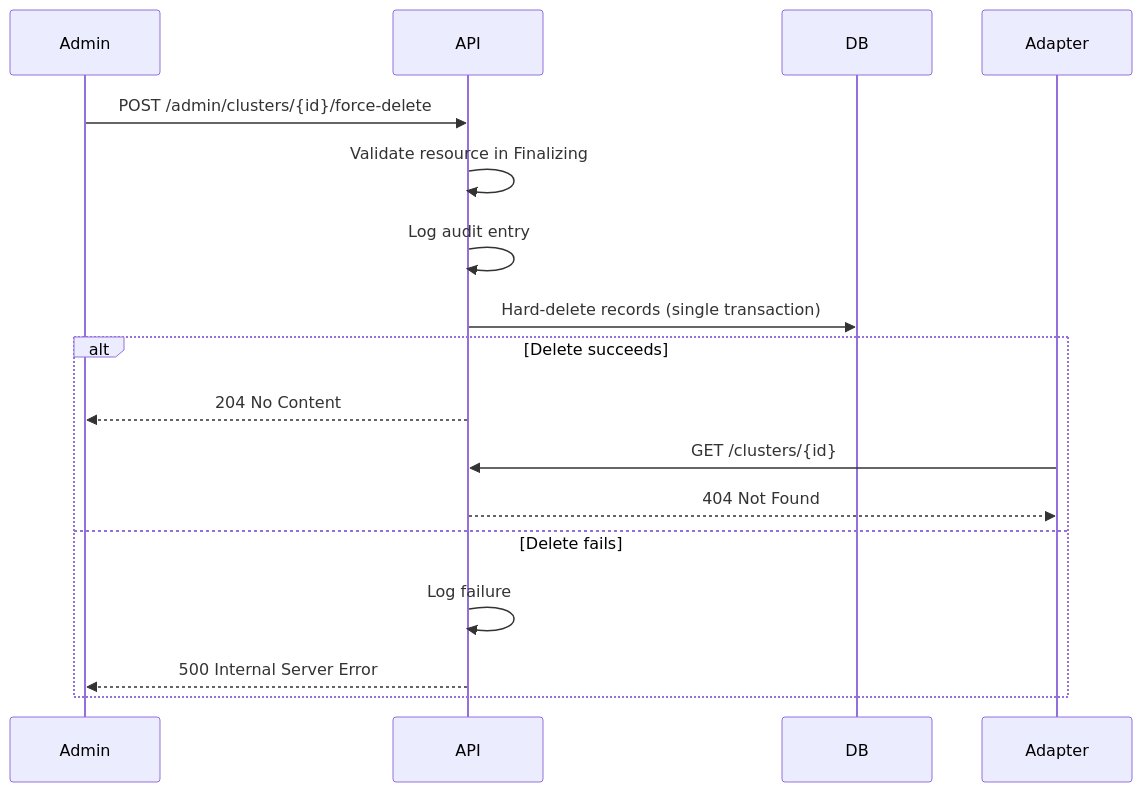
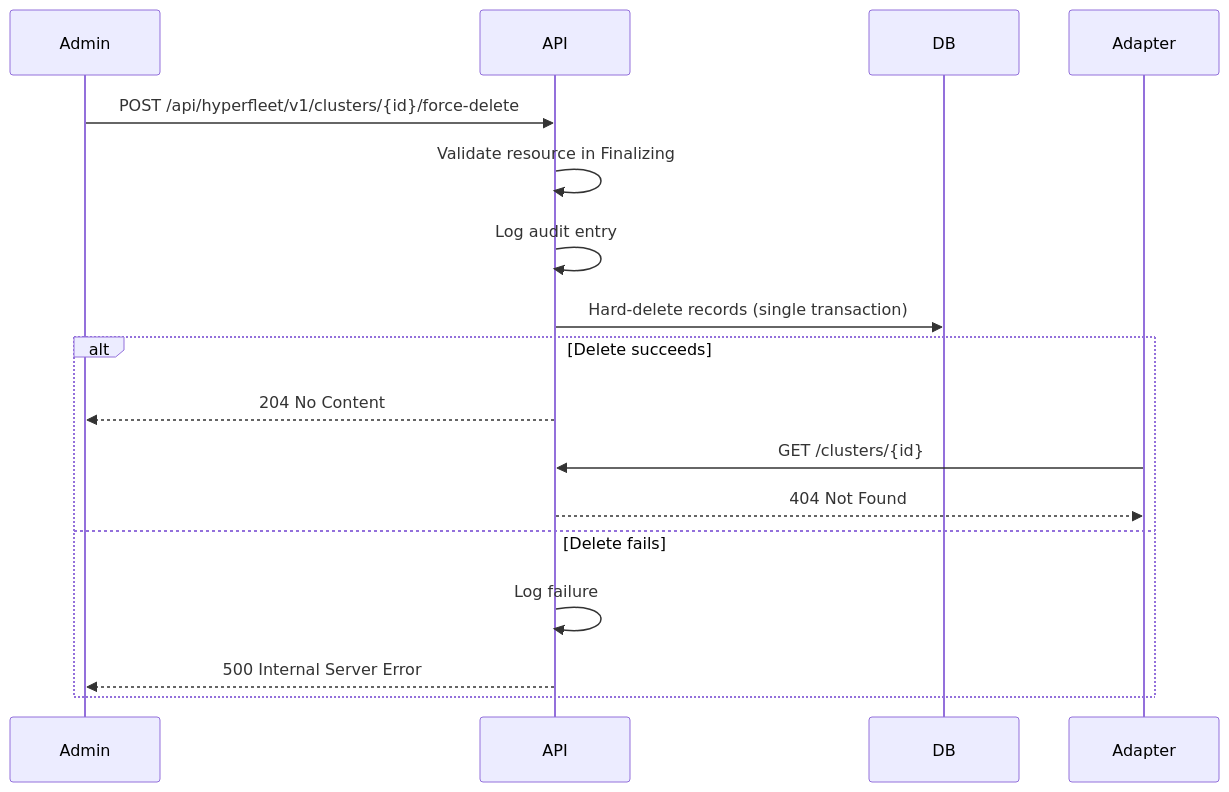
Before and after one commit to ldornele/architecture: the diagram in hyperfleet/docs/force-deletion-design.md, drawn with Mermaid. The commit also changed other lines of this file, not shown here.

Commit message:
HYPERFLEET-895 - docs: move force-delete to versioned API path and add endpoint alternatives

````diff
--- a/hyperfleet/docs/force-deletion-design.md
+++ b/hyperfleet/docs/force-deletion-design.md
@@ -42,21 +42,21 @@
 ```mermaid
 sequenceDiagram
     participant Admin
     participant API
     participant DB
     participant Adapter
 
-    Admin->>API: POST /admin/clusters/{id}/force-delete
+    Admin->>API: POST /api/hyperfleet/v1/clusters/{id}/force-delete
     API->>API: Validate resource in Finalizing
     API->>API: Log audit entry
     API->>DB: Hard-delete records (single transaction)
 
     alt Delete succeeds
         API-->>Admin: 204 No Content
         Adapter->>API: GET /clusters/{id}
         API-->>Adapter: 404 Not Found
     else Delete fails
         API->>API: Log failure
         API-->>Admin: 500 Internal Server Error
     end
 ```
````
